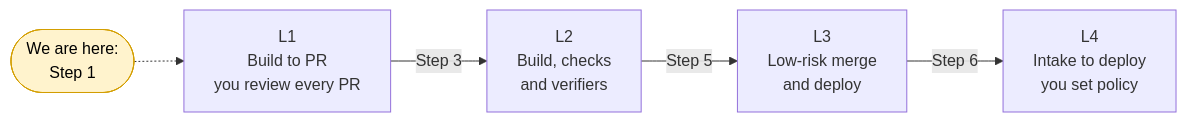
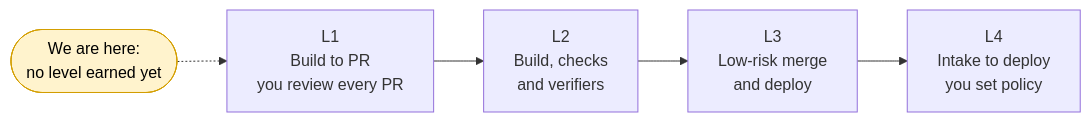
One commit to harry738/HyperSoftwareFactory changed the fourth of 4 diagrams in README.md. Above: the diagram before and after it, drawn with Mermaid. The commit also changed other lines of this file, not shown here.

First line of the commit message:
README: bring status and text up to build plan v6.4

````diff
--- a/README.md
+++ b/README.md
@@ -267,10 +272,10 @@
 ```mermaid
 flowchart LR
-    L1["L1<br/>Build to PR<br/>you review every PR"] -- "Step 3" --> L2["L2<br/>Build, checks<br/>and verifiers"]
-    L2 -- "Step 5" --> L3["L3<br/>Low-risk merge<br/>and deploy"]
-    L3 -- "Step 6" --> L4["L4<br/>Intake to deploy<br/>you set policy"]
-    NOW(["We are here:<br/>Step 1"]) -.-> L1
+    L1["L1<br/>Build to PR<br/>you review every PR"] --> L2["L2<br/>Build, checks<br/>and verifiers"]
+    L2 --> L3["L3<br/>Low-risk merge<br/>and deploy"]
+    L3 --> L4["L4<br/>Intake to deploy<br/>you set policy"]
+    NOW(["We are here:<br/>no level earned yet"]) -.-> L1
 
     classDef now fill:#fff3cd,stroke:#d39e00,color:#000
     class NOW now
 ```
````
